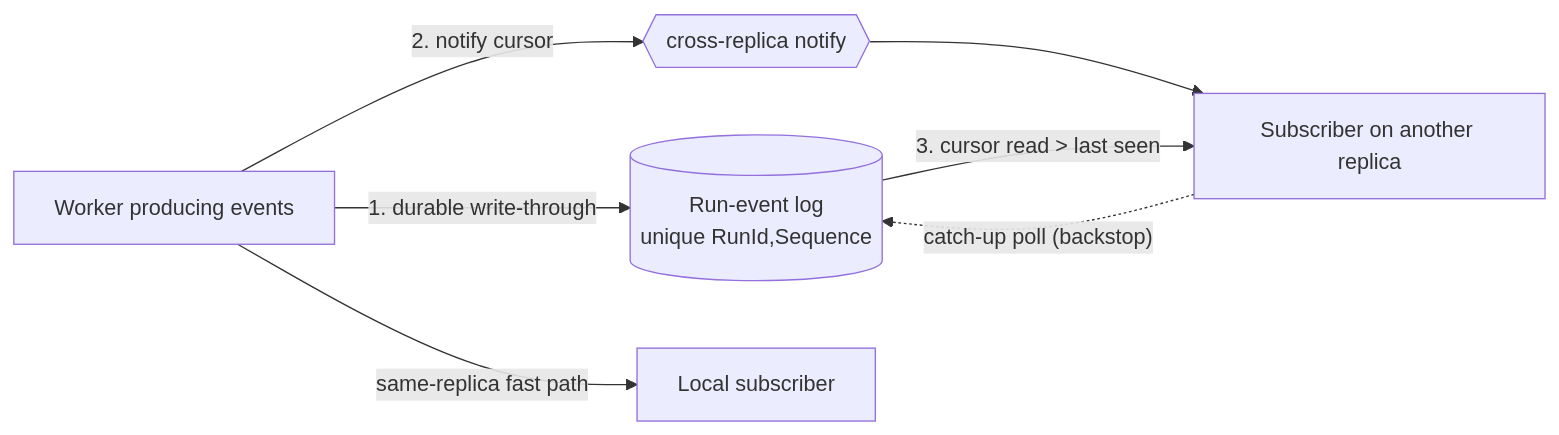
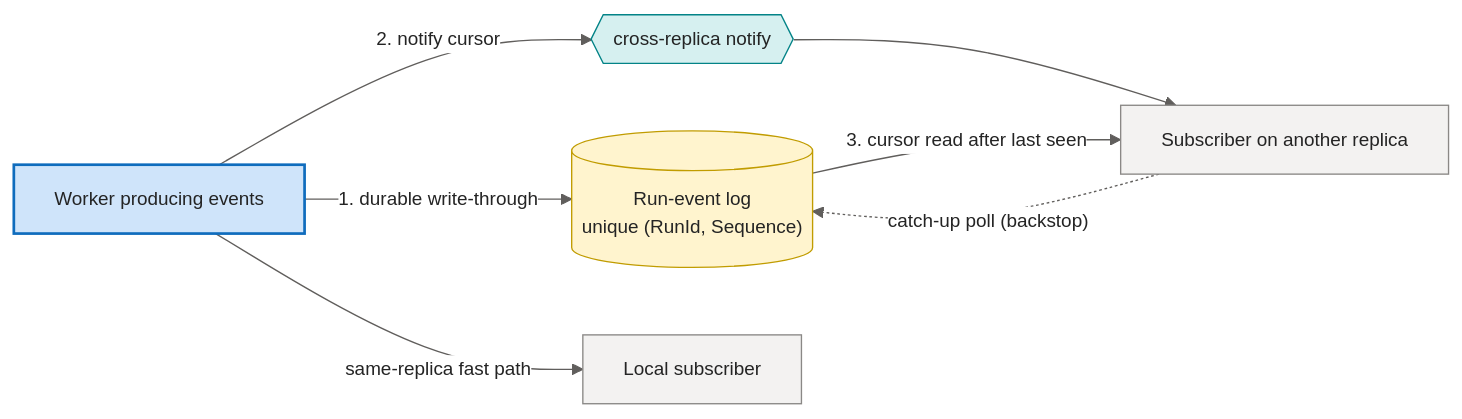
The fifth of 5 diagrams in docs/deep-dive/distributed-execution-scaling.md (sabbour/agentweaver), drawn with Mermaid before and after one commit. The commit also changed other lines of this file and 13 other files, not shown here.

````diff
--- a/docs/deep-dive/distributed-execution-scaling.md
+++ b/docs/deep-dive/distributed-execution-scaling.md
@@ -155,9 +214,23 @@
 ```mermaid
+%%{init: {'theme':'base','themeVariables':{'fontFamily':'Segoe UI, system-ui, -apple-system, sans-serif','fontSize':'14px','primaryColor':'#E8EEF9','primaryBorderColor':'#0F6CBD','primaryTextColor':'#242424','lineColor':'#605E5C','clusterBkg':'#FAF9F8','clusterBorder':'#D2D0CE','edgeLabelBackground':'#FFFFFF'}}}%%
 flowchart LR
-    Prod[Worker producing events] -->|"1. durable write-through"| Log[(Run-event log<br/>unique RunId,Sequence)]
-    Prod -->|"2. notify cursor"| Bus{{cross-replica notify}}
-    Bus --> Sub[Subscriber on another replica]
-    Log -->|"3. cursor read &gt; last seen"| Sub
+    Prod["Worker producing events"] -->|"1. durable write-through"| Log[("Run-event log<br/>unique (RunId, Sequence)")]
+    Prod -->|"2. notify cursor"| Bus{{"cross-replica notify"}}
+    Bus --> Sub["Subscriber on another replica"]
+    Log -->|"3. cursor read after last seen"| Sub
     Sub -. "catch-up poll (backstop)" .-> Log
-    Prod -->|same-replica fast path| LocalSub[Local subscriber]
+    Prod -->|"same-replica fast path"| LocalSub["Local subscriber"]
+
+    classDef client fill:#E8EEF9,stroke:#0F6CBD,stroke-width:1px,color:#242424;
+    classDef svc fill:#F3F2F1,stroke:#8A8886,stroke-width:1px,color:#242424;
+    classDef core fill:#CFE4FA,stroke:#0F6CBD,stroke-width:2px,color:#242424;
+    classDef data fill:#FFF4CE,stroke:#C19C00,stroke-width:1px,color:#242424;
+    classDef ext fill:#F0E8F8,stroke:#8764B8,stroke-width:1px,color:#242424;
+    classDef runtime fill:#DDF3DD,stroke:#107C10,stroke-width:1px,color:#242424;
+    classDef evt fill:#D6F0F0,stroke:#038387,stroke-width:1px,color:#242424;
+    class Prod core;
+    class Log data;
+    class Bus evt;
+    class Sub svc;
+    class LocalSub svc;
 ```
````
